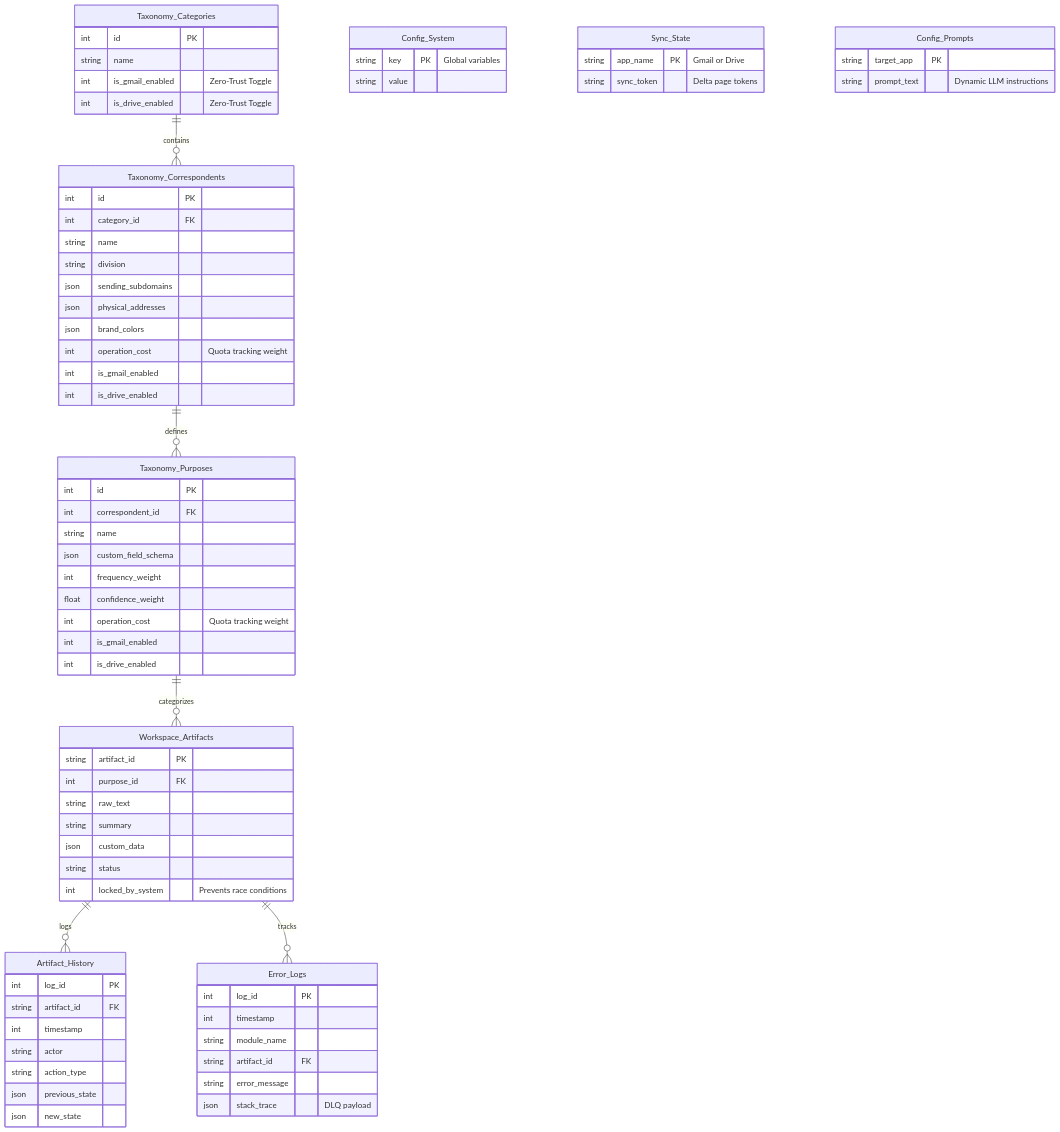
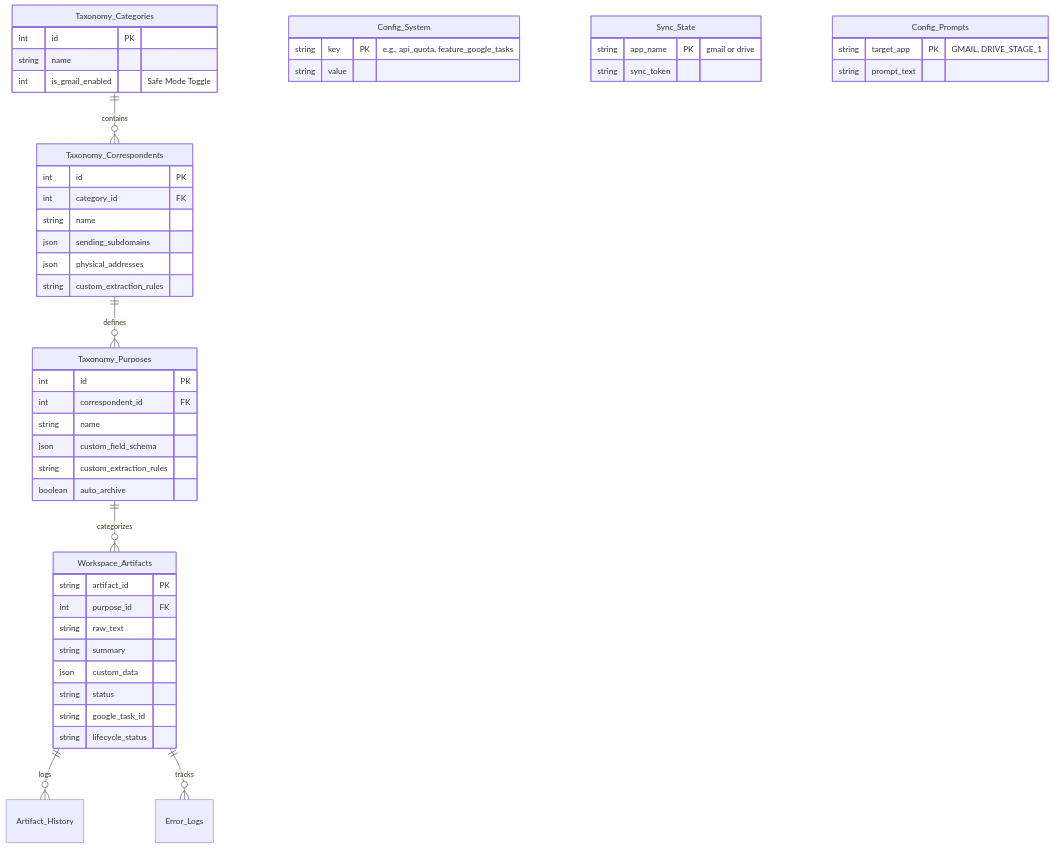
One commit to FrankXLT/Nexus-Hub-for-Google changed the third of 3 diagrams in README.md. Above: the diagram before and after it, drawn with Mermaid. The commit also changed other lines of this file and 11 other files, not shown here.

````diff
--- a/README.md
+++ b/README.md
@@ -347,76 +198,52 @@
 ```mermaid
 erDiagram
     Taxonomy_Categories ||--o{ Taxonomy_Correspondents : contains
     Taxonomy_Correspondents ||--o{ Taxonomy_Purposes : defines
     Taxonomy_Purposes ||--o{ Workspace_Artifacts : categorizes
     Workspace_Artifacts ||--o{ Artifact_History : logs
     Workspace_Artifacts ||--o{ Error_Logs : tracks
 
     Config_System {
-        string key PK "Global variables"
+        string key PK "e.g., api_quota, feature_google_tasks"
         string value
     }
     Sync_State {
-        string app_name PK "Gmail or Drive"
-        string sync_token "Delta page tokens"
+        string app_name PK "gmail or drive"
+        string sync_token
     }
     Config_Prompts {
-        string target_app PK
-        string prompt_text "Dynamic LLM instructions"
+        string target_app PK "GMAIL, DRIVE_STAGE_1"
+        string prompt_text
     }
     Taxonomy_Categories {
         int id PK
         string name
-        int is_gmail_enabled "Zero-Trust Toggle"
-        int is_drive_enabled "Zero-Trust Toggle"
+        int is_gmail_enabled "Safe Mode Toggle"
     }
     Taxonomy_Correspondents {
         int id PK
         int category_id FK
         string name
-        string division
         json sending_subdomains
         json physical_addresses
-        json brand_colors
-        int operation_cost "Quota tracking weight"
-        int is_gmail_enabled
-        int is_drive_enabled
+        string custom_extraction_rules
     }
     Taxonomy_Purposes {
         int id PK
         int correspondent_id FK
         string name
         json custom_field_schema
-        int frequency_weight
-        float confidence_weight
-        int operation_cost "Quota tracking weight"
-        int is_gmail_enabled
-        int is_drive_enabled
+        string custom_extraction_rules
+        boolean auto_archive
     }
     Workspace_Artifacts {
         string artifact_id PK
         int purpose_id FK
         string raw_text
         string summary
         json custom_data
         string status
-        int locked_by_system "Prevents race conditions"
-    }
-    Artifact_History {
-        int log_id PK
-        string artifact_id FK
-        int timestamp
-        string actor
-        string action_type
-        json previous_state
-        json new_state
-    }
-    Error_Logs {
-        int log_id PK
-        int timestamp
-        string module_name
-        string artifact_id FK
-        string error_message
-        json stack_trace "DLQ payload"
+        string google_task_id
+        string lifecycle_status
     }
 ```
````
